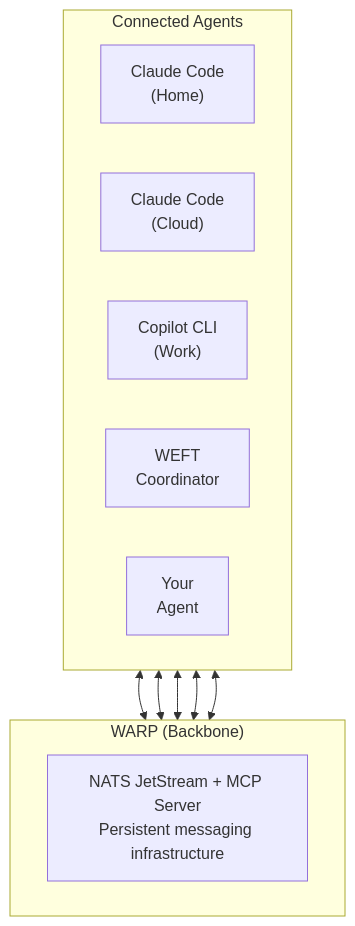
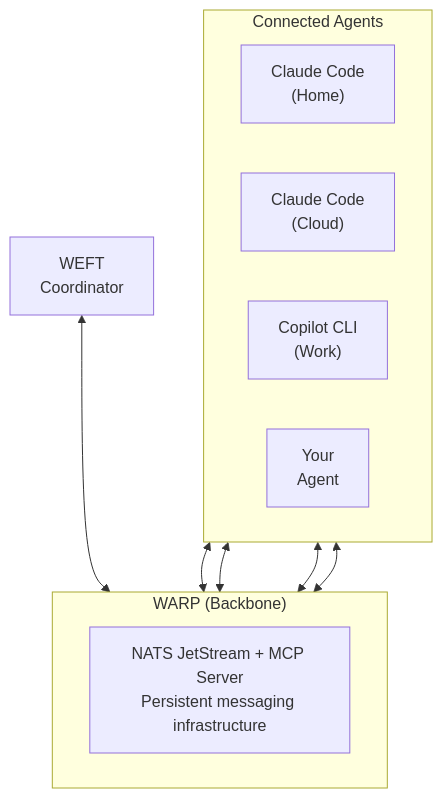
Before and after one commit to loominal/.github: the diagram in profile/README.md, drawn with Mermaid.

Commit message:
Fix diagram: WEFT is coordinator, not an agent

````diff
--- a/profile/README.md
+++ b/profile/README.md
@@ -27,22 +27,23 @@
 ```mermaid
 flowchart TB
     subgraph WARP["WARP (Backbone)"]
         direction LR
         NATS["NATS JetStream + MCP Server<br/>Persistent messaging infrastructure"]
     end
 
+    WEFT["WEFT<br/>Coordinator"]
+
     subgraph Agents["Connected Agents"]
         direction LR
         A1["Claude Code<br/>(Home)"]
         A2["Claude Code<br/>(Cloud)"]
         A3["Copilot CLI<br/>(Work)"]
-        A4["WEFT<br/>Coordinator"]
-        A5["Your<br/>Agent"]
+        A4["Your<br/>Agent"]
     end
 
     A1 <--> WARP
     A2 <--> WARP
     A3 <--> WARP
     A4 <--> WARP
-    A5 <--> WARP
+    WEFT <--> WARP
 ```
````
